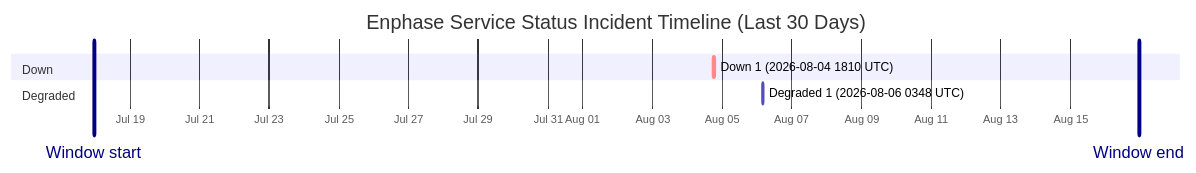
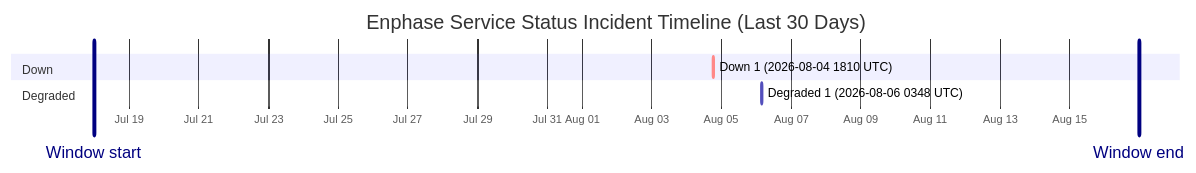
One commit to barneyonline/ha-enphase-energy changed the diagram in wiki/Service-Status-History.md. Above: the diagram before and after it, drawn with Mermaid. The commit also changed other lines of this file and 3 other files, not shown here.

````diff
--- a/wiki/Service-Status-History.md
+++ b/wiki/Service-Status-History.md
@@ -14,12 +14,12 @@
 ```mermaid
 gantt
     title Enphase Service Status Incident Timeline (Last 30 Days)
     dateFormat  YYYY-MM-DDTHH:mm:ss
     axisFormat  %b %d
-    Window start :vert, window-start, 2026-07-17T23:17:32, 0ms
-    Window end :vert, window-end, 2026-08-16T23:17:32, 0ms
+    Window start :vert, window-start, 2026-07-17T23:43:20, 0ms
+    Window end :vert, window-end, 2026-08-16T23:43:20, 0ms
     section Down
     Down 1 (2026-08-04 1810 UTC) :crit, down-1, 2026-08-04T18:10:46, 60m
     section Degraded
     Degraded 1 (2026-08-06 0348 UTC) :active, degraded-1, 2026-08-06T03:48:14, 60m
 ```
````
